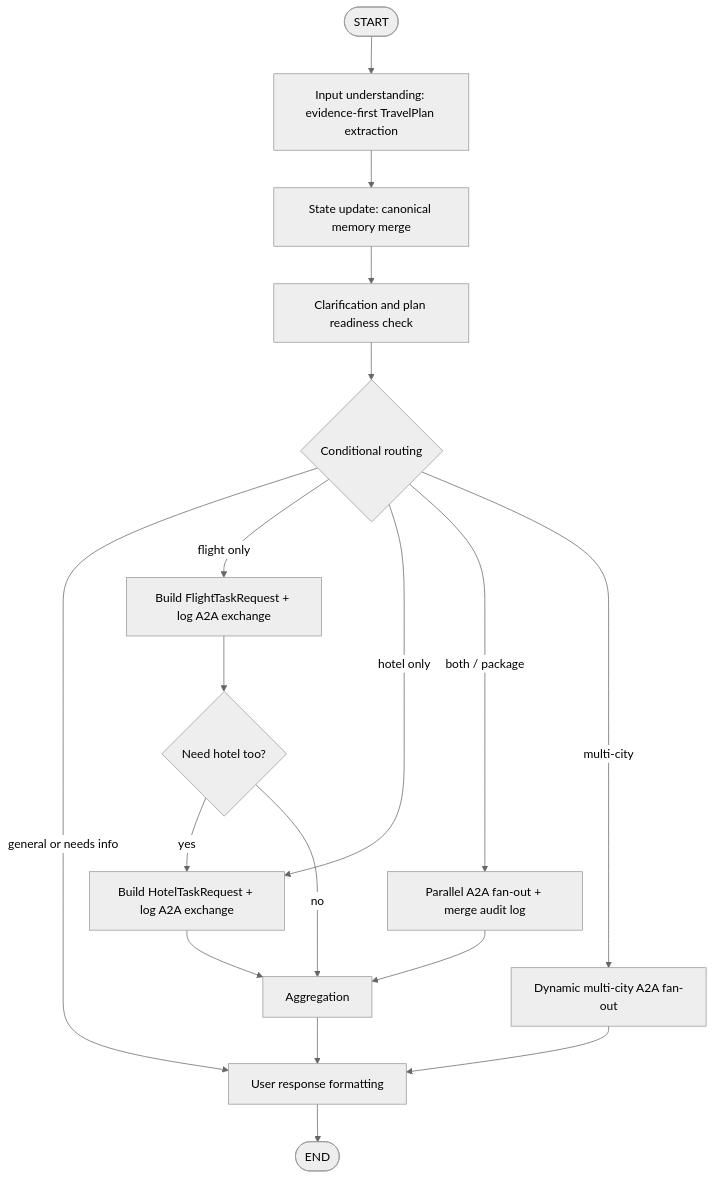
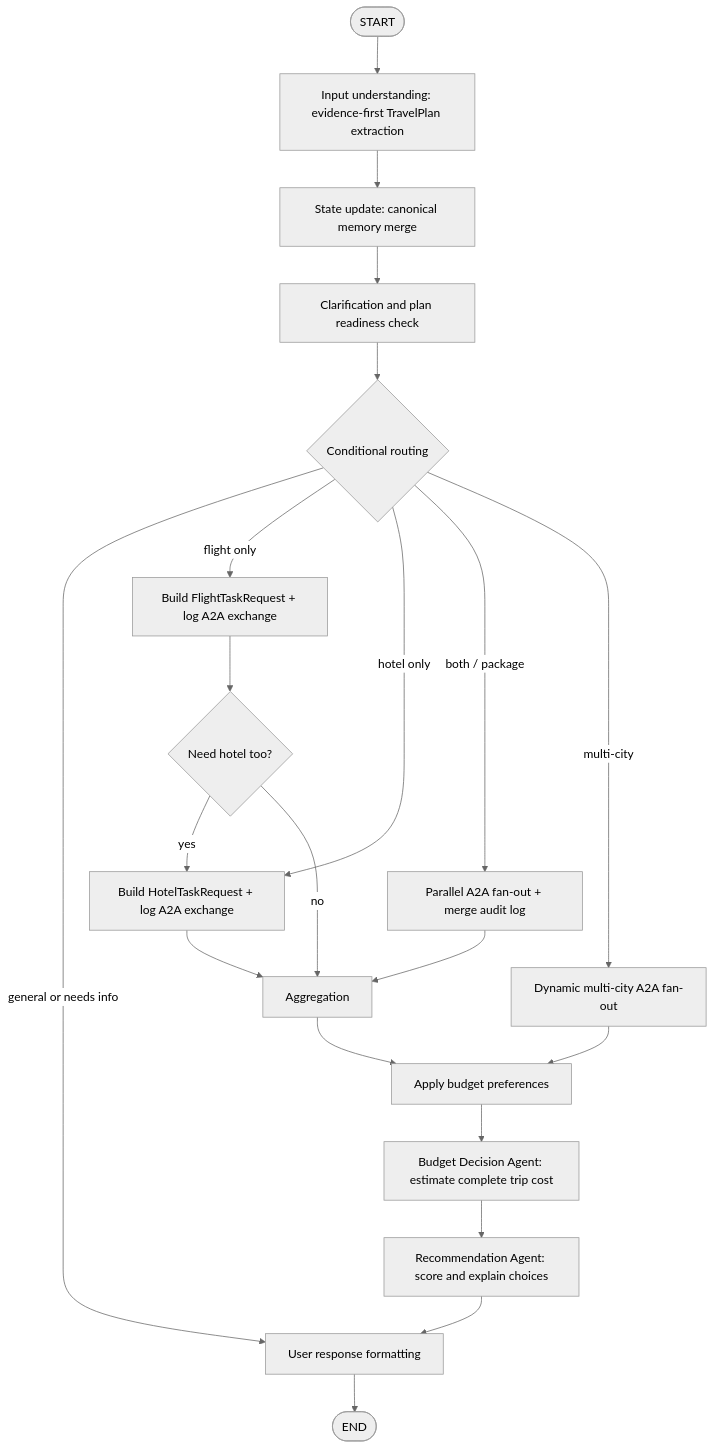
One commit to LindaL47/Collaborative-Multi-Agent-Travel-Planning-System changed the diagram in graph_visualization/orchestrator_graph.mmd. Above: the diagram before and after it, drawn with Mermaid (neutral theme). The commit also changed 6 other files, not shown here.

```diff
--- a/graph_visualization/orchestrator_graph.mmd
+++ b/graph_visualization/orchestrator_graph.mmd
@@ -1,18 +1,21 @@
 flowchart TD
     START([START]) --> input_understanding[Input understanding: evidence-first TravelPlan extraction]
     input_understanding --> state_update[State update: canonical memory merge]
     state_update --> clarification[Clarification and plan readiness check]
     clarification --> route{Conditional routing}
     route -->|general or needs info| user_response_formatting[User response formatting]
     route -->|flight only| flight_delegation[Build FlightTaskRequest + log A2A exchange]
     route -->|hotel only| hotel_delegation[Build HotelTaskRequest + log A2A exchange]
     route -->|both / package| parallel_a2a_delegation[Parallel A2A fan-out + merge audit log]
     route -->|multi-city| multi_city_delegation[Dynamic multi-city A2A fan-out]
     flight_delegation --> after_flight{Need hotel too?}
     after_flight -->|yes| hotel_delegation
     after_flight -->|no| aggregation[Aggregation]
     parallel_a2a_delegation --> aggregation
-    multi_city_delegation --> user_response_formatting
+    multi_city_delegation --> budget_filter[Apply budget preferences]
     hotel_delegation --> aggregation
-    aggregation --> user_response_formatting
+    aggregation --> budget_filter
+    budget_filter --> budget_assessment[Budget Decision Agent: estimate complete trip cost]
+    budget_assessment --> option_recommendation[Recommendation Agent: score and explain choices]
+    option_recommendation --> user_response_formatting
     user_response_formatting --> END([END])
```
